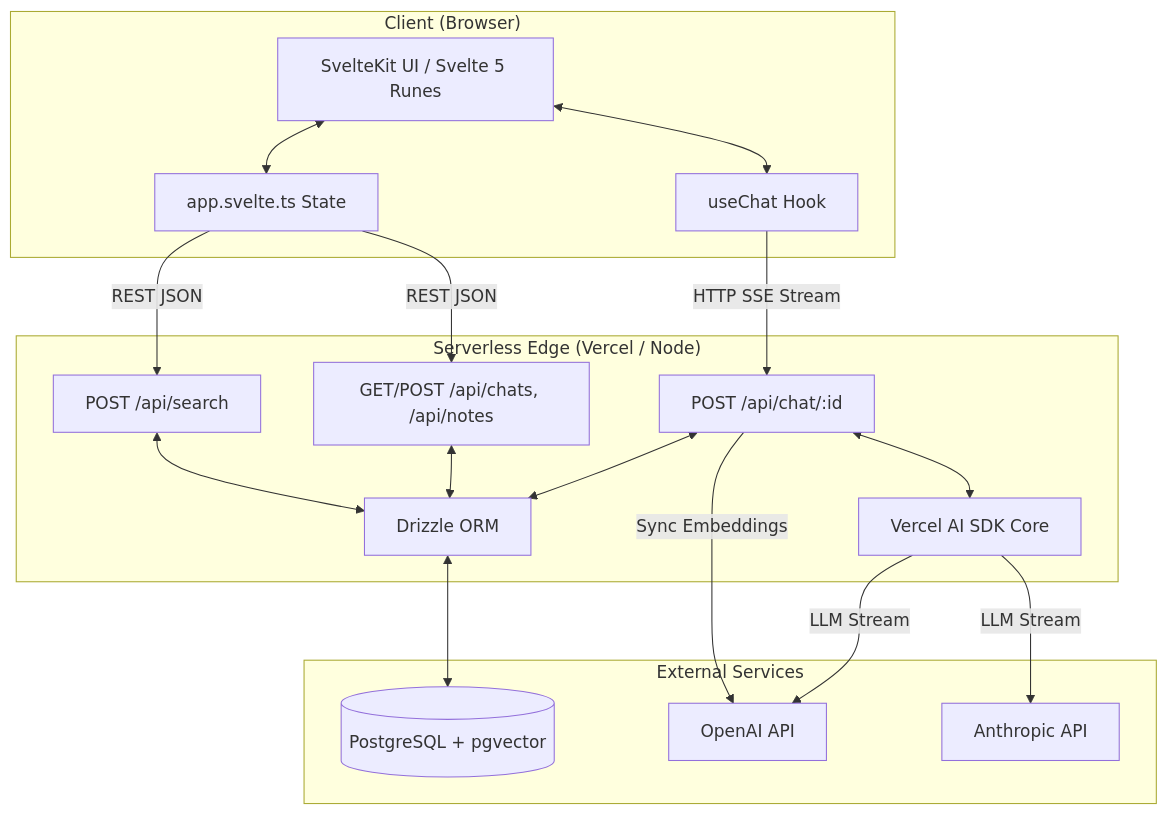
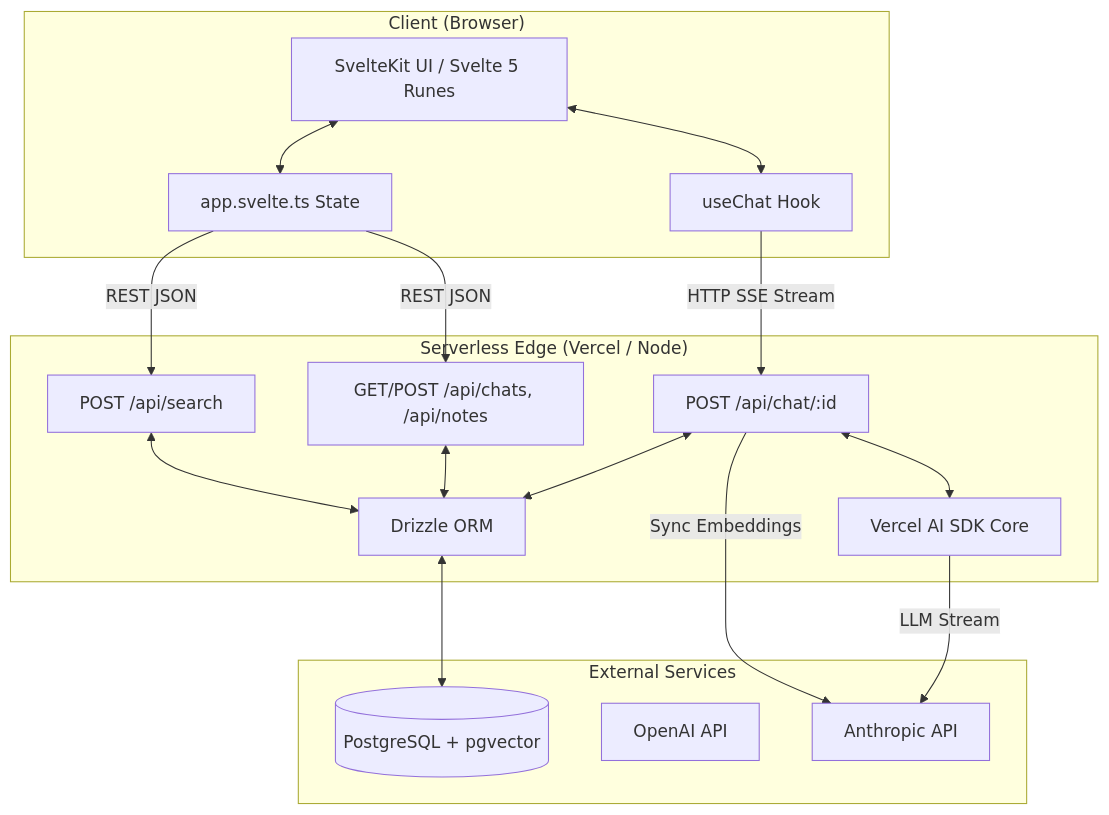
One commit to m1981/mychat-svelte changed the second of 3 diagrams in doc/02-domain-and-architecture.md. Above: the diagram before and after it, drawn with Mermaid. The commit also changed 23 other files, not shown here.

````diff
--- a/doc/02-domain-and-architecture.md
+++ b/doc/02-domain-and-architecture.md
@@ -107,40 +107,39 @@
 ```mermaid
 graph TD
     subgraph "Client (Browser)"
         UI[SvelteKit UI / Svelte 5 Runes]
         State[app.svelte.ts State]
         AI_Hook[useChat Hook]
         
         UI <--> State
         UI <--> AI_Hook
     end
 
     subgraph "Serverless Edge (Vercel / Node)"
         API_Chat[POST /api/chat/:id]
         API_CRUD[GET/POST /api/chats, /api/notes]
         API_Search[POST /api/search]
         
         AI_SDK[Vercel AI SDK Core]
         Drizzle[Drizzle ORM]
         
         API_Chat <--> AI_SDK
         API_Chat <--> Drizzle
         API_CRUD <--> Drizzle
         API_Search <--> Drizzle
     end
 
     subgraph "External Services"
         DB[(PostgreSQL + pgvector)]
         OpenAI[OpenAI API]
         Anthropic[Anthropic API]
     end
 
     AI_Hook -- "HTTP SSE Stream" --> API_Chat
     State -- "REST JSON" --> API_CRUD
     State -- "REST JSON" --> API_Search
     
     Drizzle <--> DB
-    AI_SDK -- "LLM Stream" --> OpenAI
     AI_SDK -- "LLM Stream" --> Anthropic
-    API_Chat -- "Sync Embeddings" --> OpenAI
+    API_Chat -- "Sync Embeddings" --> Anthropic
 ```
````
